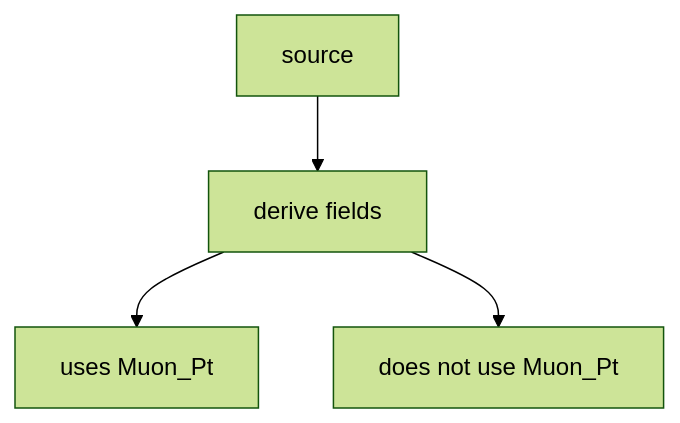
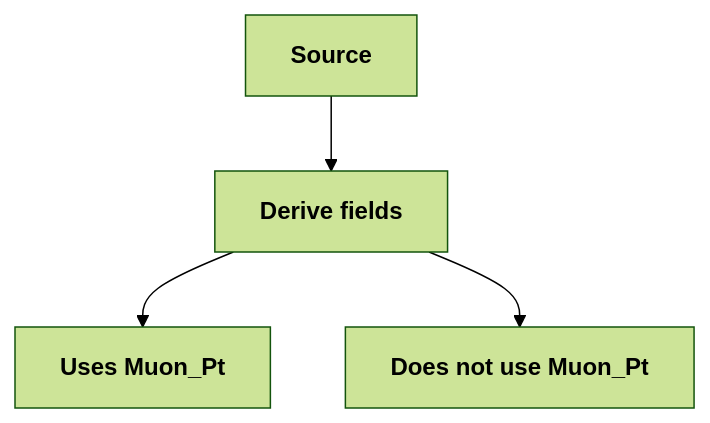
The sixth of 8 diagrams in docs/execution/graph-structure.md (FAST-HEP/fasthep-flow), drawn with Mermaid (forest theme) before and after one commit. The commit also changed other lines of this file and 7 other files, not shown here.

````diff
--- a/docs/execution/graph-structure.md
+++ b/docs/execution/graph-structure.md
@@ -430,12 +430,12 @@
 ```{mermaid}
 flowchart TD
-    Source["source"]
-    Define["derive fields"]
+    Source["<b>Source</b>"]:::source
+    Define["<b>Derive fields</b>"]:::transform
 
-    Muon["uses Muon_Pt"]
-    Other["does not use Muon_Pt"]
+    Muon["<b>Uses Muon_Pt</b>"]:::transform
+    Other["<b>Does not use Muon_Pt</b>"]:::transform
 
     Source --> Define
     Define --> Muon
     Define --> Other
 ```
````
